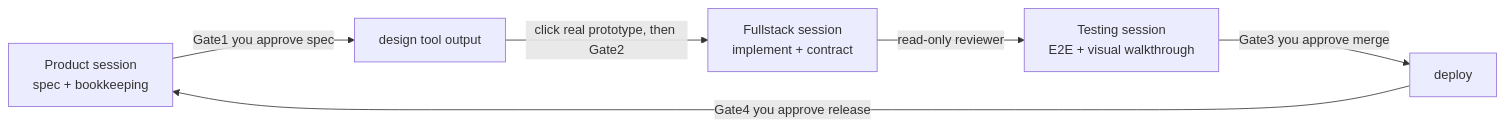
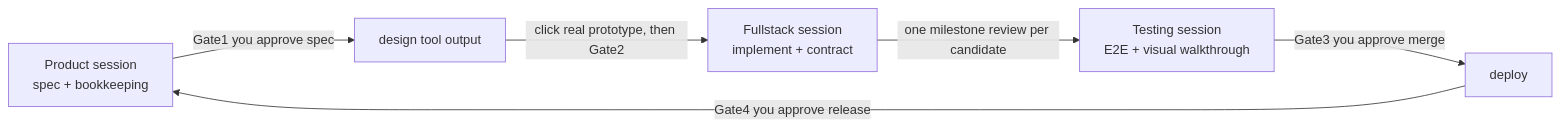
The diagram in README.en.md (HaiYangBG1/BuildBeat), drawn with Mermaid before and after one commit. The commit also changed other lines of this file and 17 other files, not shown here.

Commit message:
feat: batch review gates by risk and milestone

````diff
--- a/README.en.md
+++ b/README.en.md
@@ -81,8 +81,8 @@
 ```mermaid
 flowchart LR
     PM["Product session<br/>spec + bookkeeping"] -->|"Gate1 you approve spec"| Design["design tool output"]
     Design -->|"click real prototype, then Gate2"| Deliver["Fullstack session<br/>implement + contract"]
-    Deliver -->|"read-only reviewer"| Verify["Testing session<br/>E2E + visual walkthrough"]
+    Deliver -->|"one milestone review per candidate"| Verify["Testing session<br/>E2E + visual walkthrough"]
     Verify -->|"Gate3 you approve merge"| Deploy["deploy"]
     Deploy -->|"Gate4 you approve release"| PM
 ```
````
